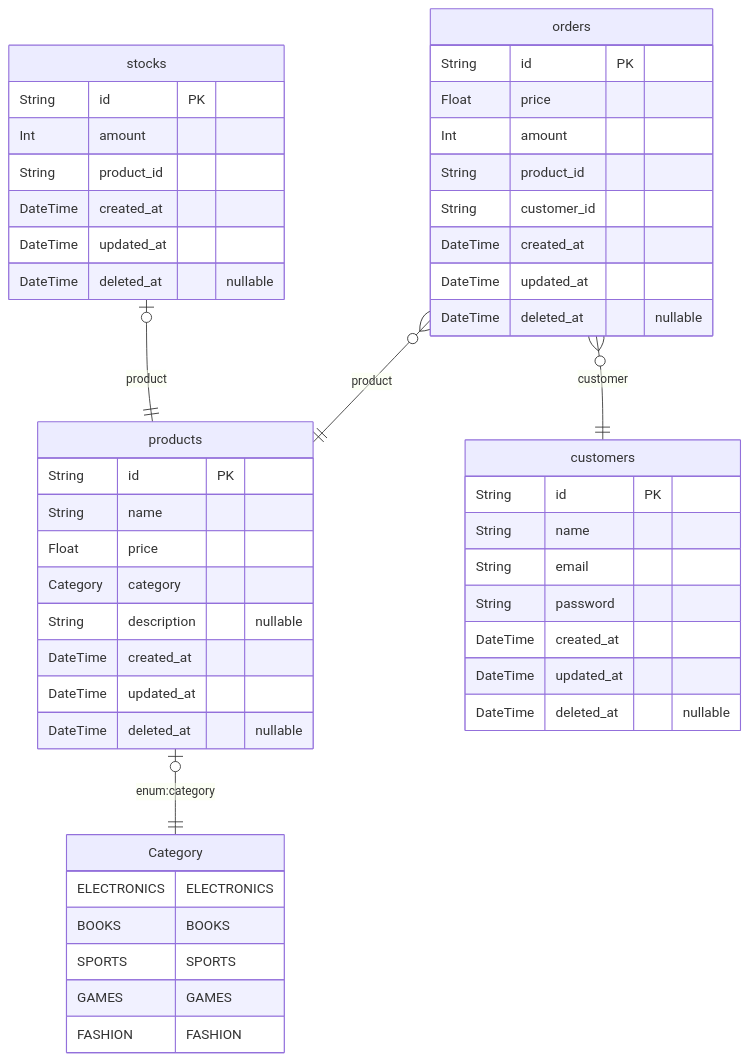
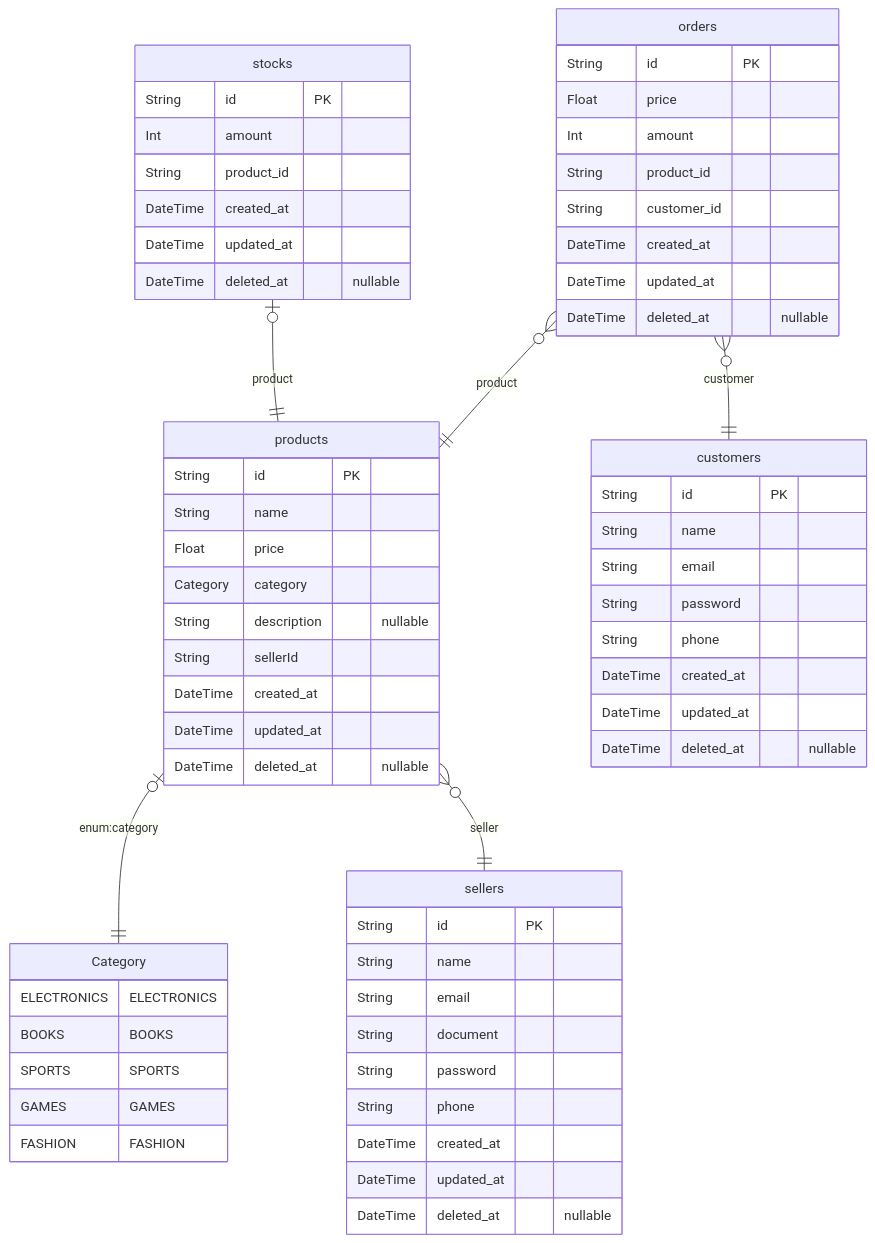
The diagram in src/docs/diagrams/diagram_erd.md (ThiagoRDS-042/graphql-simple-api), drawn with Mermaid before and after one commit. The commit also changed 15 other files, not shown here.

````diff
--- a/src/docs/diagrams/diagram_erd.md
+++ b/src/docs/diagrams/diagram_erd.md
@@ -1,60 +1,76 @@
 ```mermaid
 erDiagram
 
         Category {
             ELECTRONICS ELECTRONICS
 BOOKS BOOKS
 SPORTS SPORTS
 GAMES GAMES
 FASHION FASHION
         }
     
   customers {
     String id PK 
     String name  
     String email  
     String password  
+    String phone  
+    DateTime created_at  
+    DateTime updated_at  
+    DateTime deleted_at  "nullable"
+    }
+  
+
+  sellers {
+    String id PK 
+    String name  
+    String email  
+    String document  
+    String password  
+    String phone  
     DateTime created_at  
     DateTime updated_at  
     DateTime deleted_at  "nullable"
     }
   
 
   products {
     String id PK 
     String name  
     Float price  
     Category category  
     String description  "nullable"
+    String sellerId  
     DateTime created_at  
     DateTime updated_at  
     DateTime deleted_at  "nullable"
     }
   
 
   stocks {
     String id PK 
     Int amount  
     String product_id  
     DateTime created_at  
     DateTime updated_at  
     DateTime deleted_at  "nullable"
     }
   
 
   orders {
     String id PK 
     Float price  
     Int amount  
     String product_id  
     String customer_id  
     DateTime created_at  
     DateTime updated_at  
     DateTime deleted_at  "nullable"
     }
   
     products o|--|| Category : "enum:category"
+    products o{--|| sellers : "seller"
     stocks o|--|| products : "product"
     orders o{--|| products : "product"
     orders o{--|| customers : "customer"
 ```
````
